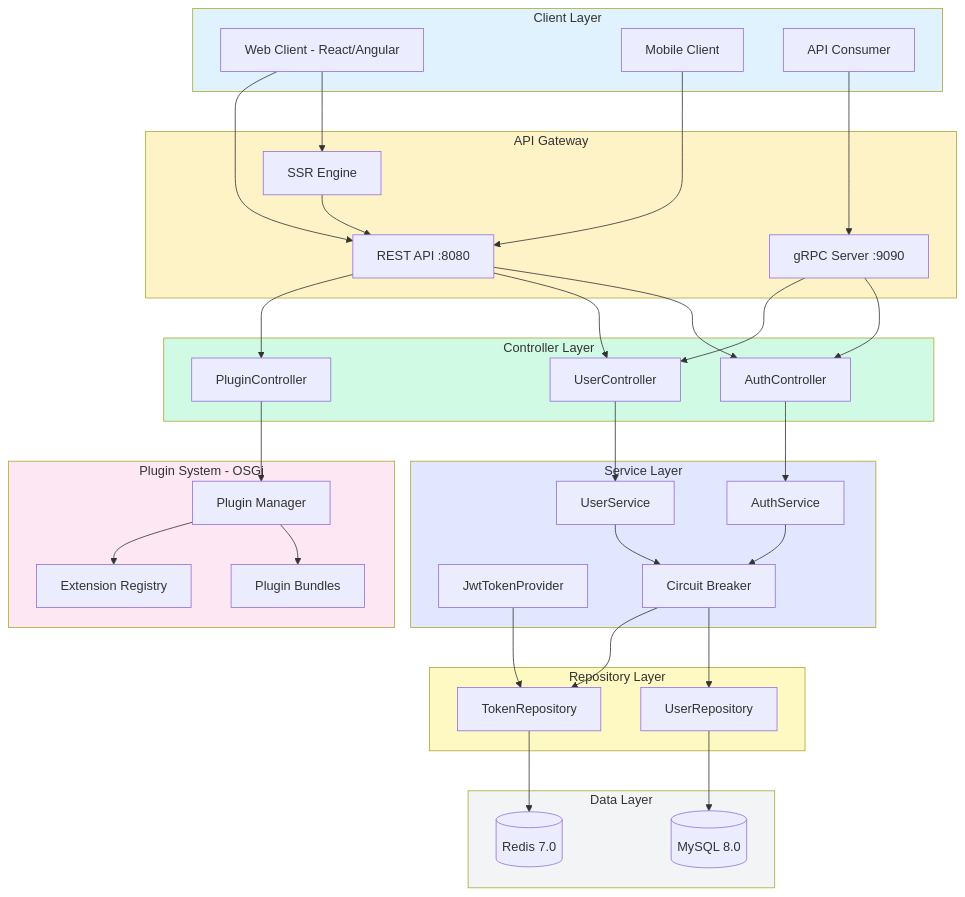
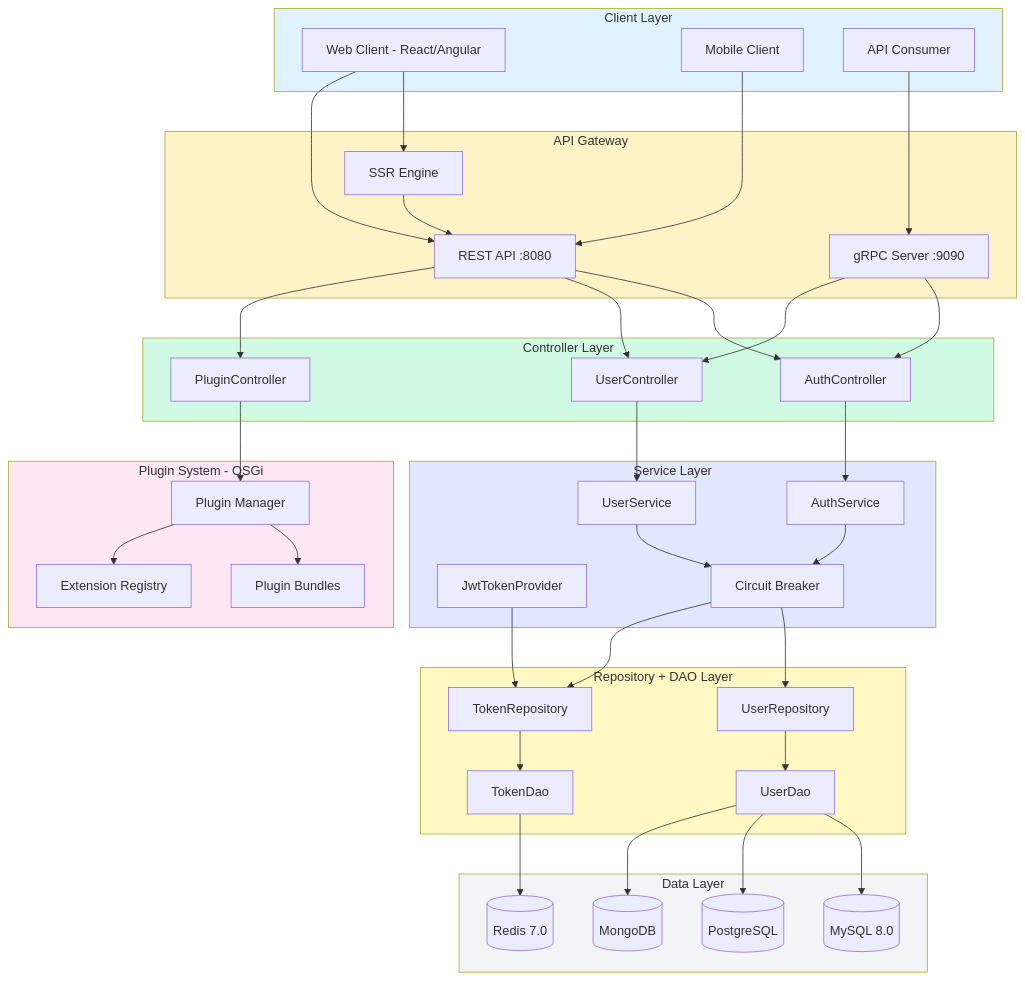
One commit to jrjohn/arcana-cloud-springboot changed the first of 11 diagrams in README.md. Above: the diagram before and after it, drawn with Mermaid. The commit also changed other lines of this file, not shown here.

```diff
--- a/README.md
+++ b/README.md
@@ -46,13 +46,17 @@
         CB[Circuit Breaker]
     end
 
-    subgraph Repository["Repository Layer"]
+    subgraph Repository["Repository + DAO Layer"]
         UR[UserRepository]
         TR[TokenRepository]
+        UD[UserDao]
+        TD[TokenDao]
     end
 
     subgraph Data["Data Layer"]
         MYSQL[(MySQL 8.0)]
+        PGSQL[(PostgreSQL)]
+        MONGO[(MongoDB)]
         REDIS[(Redis 7.0)]
     end
 
@@ -81,8 +85,12 @@
     CB --> TR
     JWT --> TR
 
-    UR --> MYSQL
-    TR --> REDIS
+    UR --> UD
+    TR --> TD
+    UD --> MYSQL
+    UD --> PGSQL
+    UD --> MONGO
+    TD --> REDIS
 
     style Client fill:#e0f2fe
     style Gateway fill:#fef3c7
```
